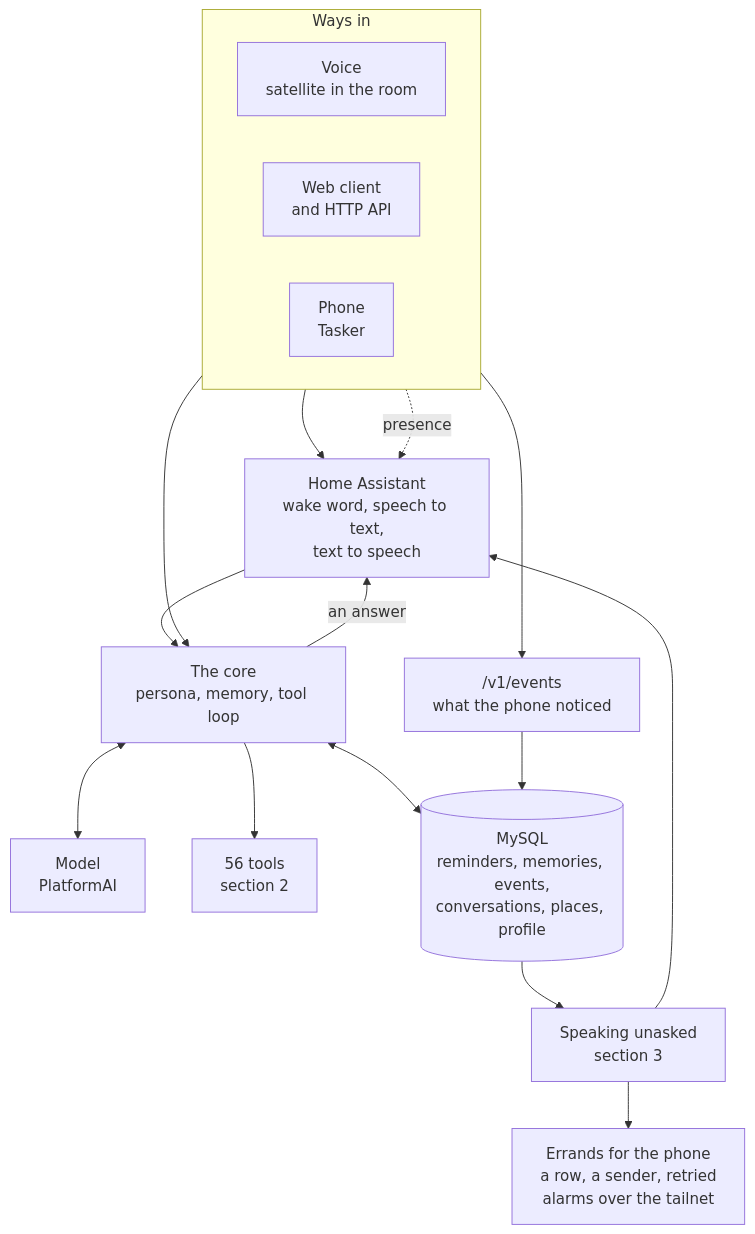
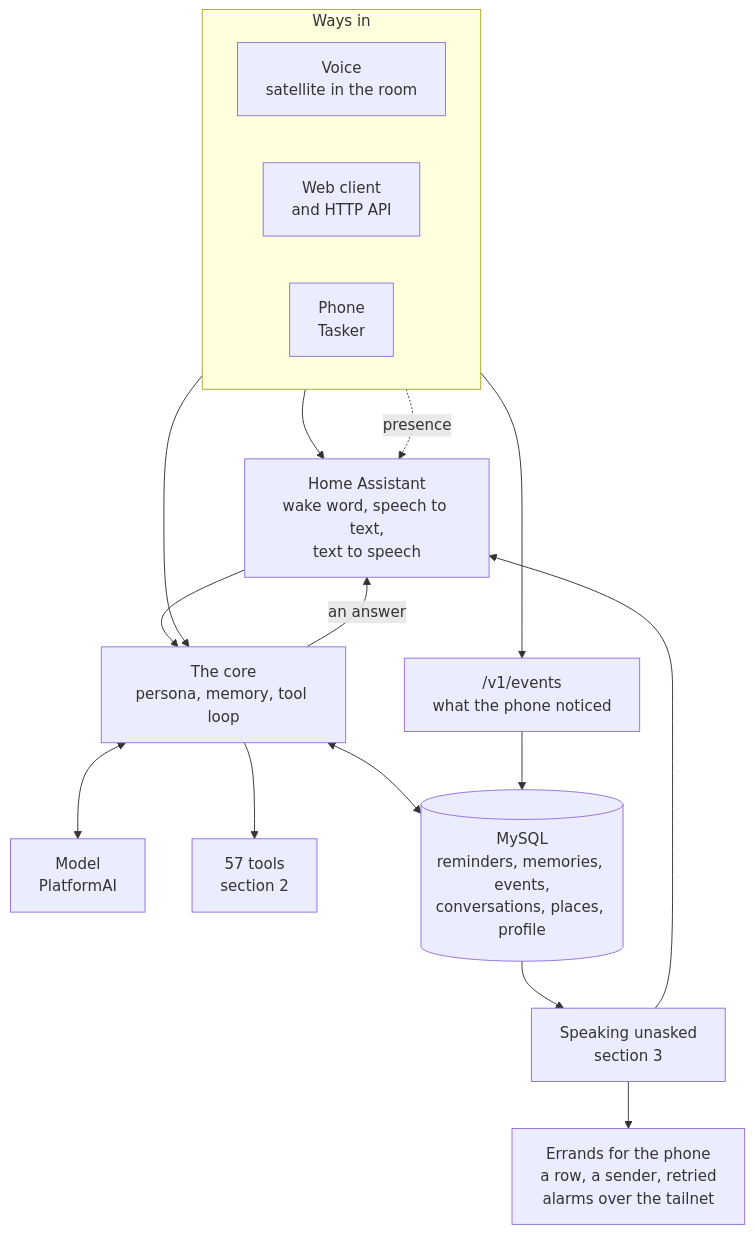
One commit to DhanushRamesh/personal-assistant changed the first of 5 diagrams in FEATURES.md. Above: the diagram before and after it, drawn with Mermaid. The commit also changed other lines of this file and 4 other files, not shown here.

````diff
--- a/FEATURES.md
+++ b/FEATURES.md
@@ -19,36 +19,36 @@
 ```mermaid
 flowchart TB
     subgraph IN["Ways in"]
         direction LR
         SAT["Voice<br/>satellite in the room"]
         WEB["Web client<br/>and HTTP API"]
         PHONE["Phone<br/>Tasker"]
     end
 
     HA["Home Assistant<br/>wake word, speech to text,<br/>text to speech"]
     EVENTS["/v1/events<br/>what the phone noticed"]
 
     SAT --> HA
     PHONE --> EVENTS
     PHONE -. "presence" .-> HA
     HA --> CORE
     WEB --> CORE
 
     CORE["The core<br/>persona, memory, tool loop"]
     MODEL["Model<br/>PlatformAI"]
-    TOOLS["56 tools<br/>section 2"]
+    TOOLS["57 tools<br/>section 2"]
     DB[("MySQL<br/>reminders, memories, events,<br/>conversations, places, profile")]
 
     CORE <--> MODEL
     CORE --> TOOLS
     CORE <--> DB
     EVENTS --> DB
     CORE -- "an answer" --> HA
 
     UNASKED["Speaking unasked<br/>section 3"]
     ALARMS["Errands for the phone<br/>a row, a sender, retried<br/>alarms over the tailnet"]
 
     DB --> UNASKED
     UNASKED --> HA
     UNASKED --> ALARMS
 ```
````
